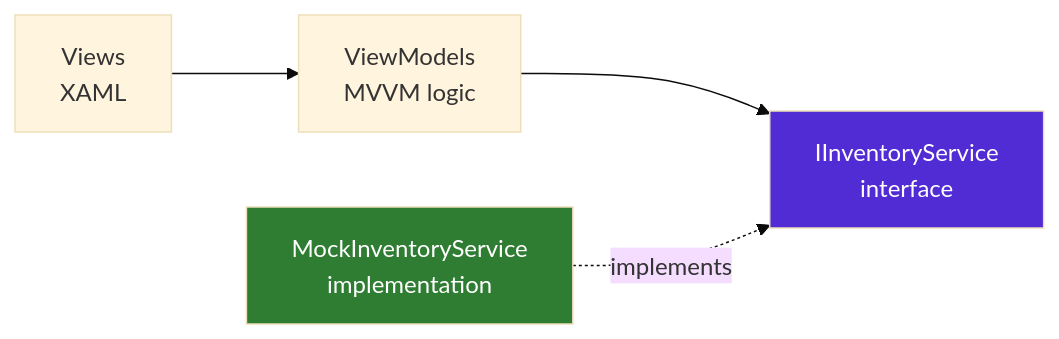
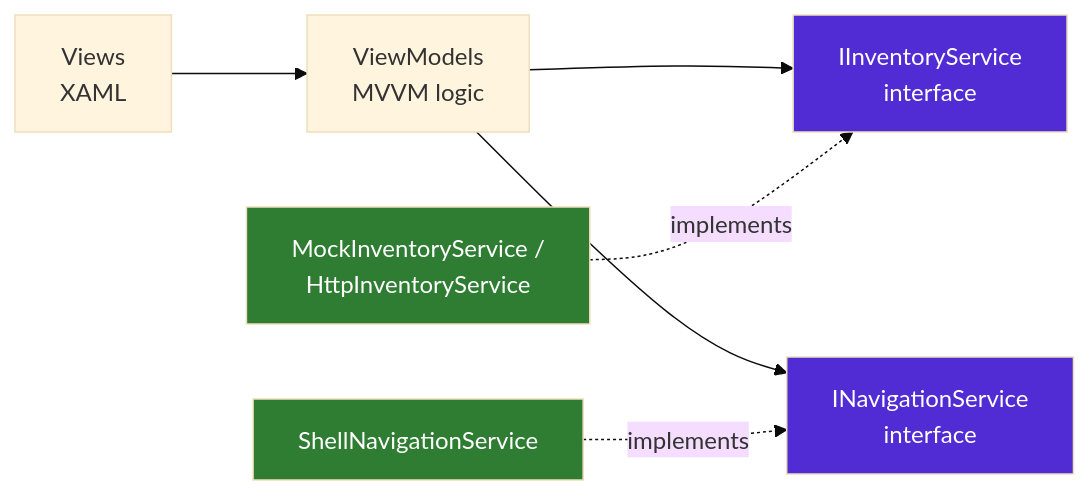
Before and after one commit to MouradOuammou/inventory-management-maui: the first of 2 diagrams in README.md, drawn with Mermaid (base theme). The commit also changed other lines of this file, not shown here.

Commit message:
docs: update README with navigation abstraction and HttpInventoryService

````diff
--- a/README.md
+++ b/README.md
@@ -7,9 +8,13 @@
 ```mermaid
 graph LR
     A[Views<br/>XAML] --> B[ViewModels<br/>MVVM logic]
     B --> C[IInventoryService<br/>interface]
-    D[MockInventoryService<br/>implementation] -.implements.-> C
+    B --> N[INavigationService<br/>interface]
+    D[MockInventoryService /<br/>HttpInventoryService] -.implements.-> C
+    S[ShellNavigationService] -.implements.-> N
 
     style C fill:#512BD4,color:#fff
+    style N fill:#512BD4,color:#fff
     style D fill:#2E7D32,color:#fff
+    style S fill:#2E7D32,color:#fff
 ```
````
